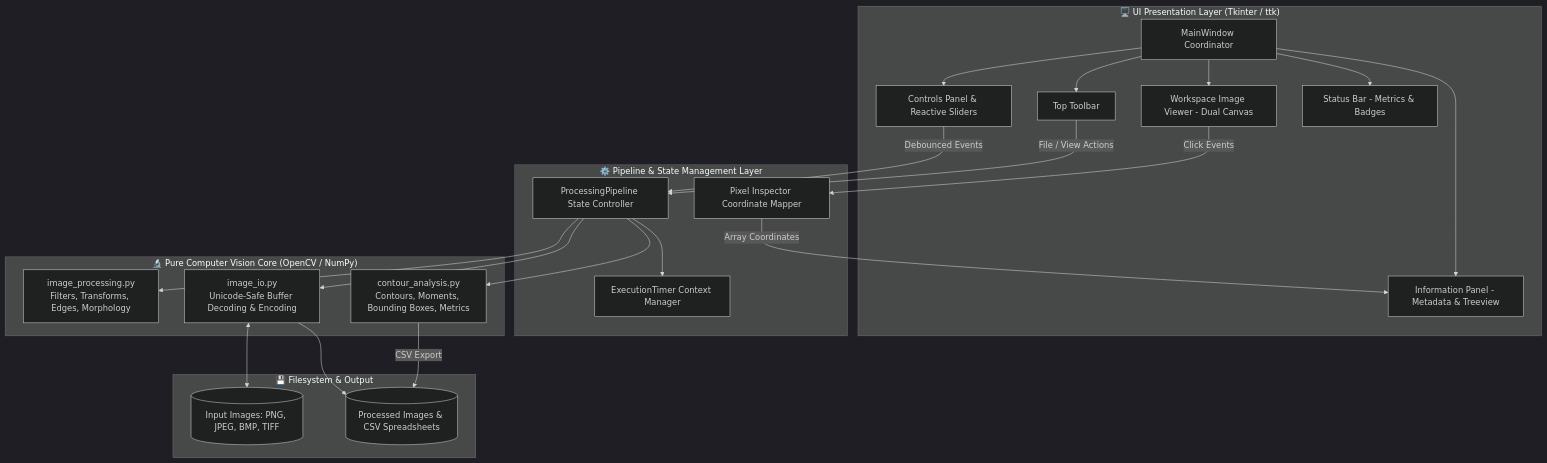
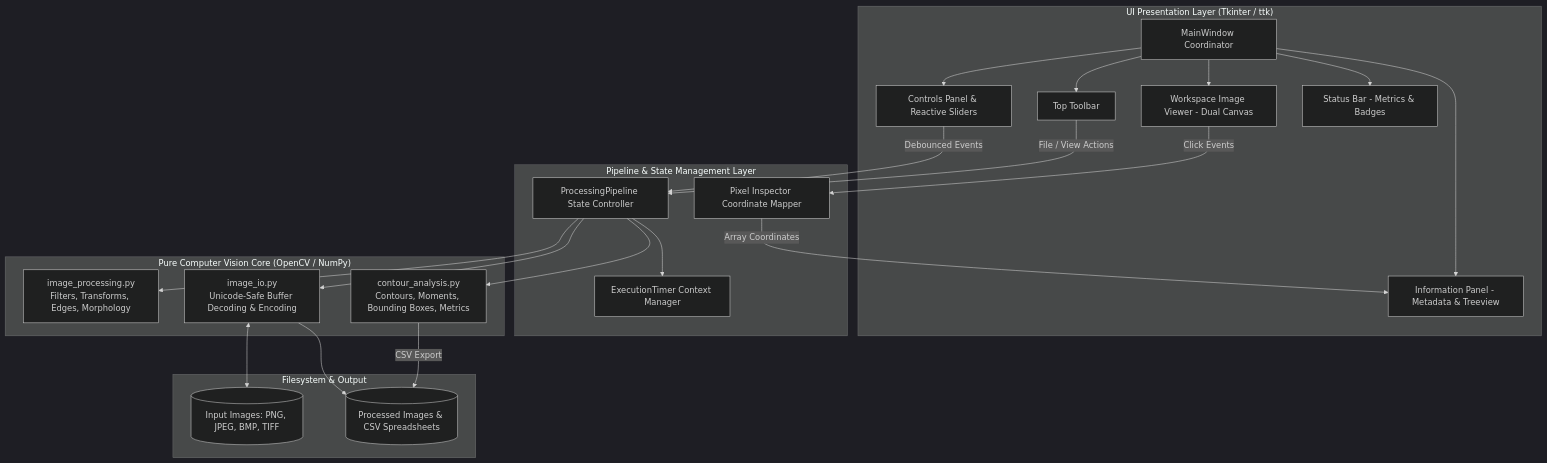
One commit to ramanujaganesh26/Image-processing-workbench changed the diagram in README.md. Above: the diagram before and after it, drawn with Mermaid (dark theme). The commit also changed other lines of this file, not shown here.

Commit message:
docs: remove emojis across README for clean professional styling

````diff
--- a/README.md
+++ b/README.md
@@ -70,48 +70,48 @@
 ```mermaid
 graph TD
-    subgraph UI_Presentation ["🖥️ UI Presentation Layer (Tkinter / ttk)"]
+    subgraph UI_Presentation ["UI Presentation Layer (Tkinter / ttk)"]
         MW[MainWindow Coordinator]
         TB[Top Toolbar]
         CP[Controls Panel & Reactive Sliders]
         IV[Workspace Image Viewer - Dual Canvas]
         IP[Information Panel - Metadata & Treeview]
         SB[Status Bar - Metrics & Badges]
     end
 
-    subgraph Pipeline_Coordinator ["⚙️ Pipeline & State Management Layer"]
+    subgraph Pipeline_Coordinator ["Pipeline & State Management Layer"]
         PP[ProcessingPipeline State Controller]
         ET[ExecutionTimer Context Manager]
         PI[Pixel Inspector Coordinate Mapper]
     end
 
-    subgraph Vision_Core ["🔬 Pure Computer Vision Core (OpenCV / NumPy)"]
+    subgraph Vision_Core ["Pure Computer Vision Core (OpenCV / NumPy)"]
         IP_MOD[image_processing.py<br/>Filters, Transforms, Edges, Morphology]
         CA_MOD[contour_analysis.py<br/>Contours, Moments, Bounding Boxes, Metrics]
         IO_MOD[image_io.py<br/>Unicode-Safe Buffer Decoding & Encoding]
     end
 
-    subgraph Data_Storage ["💾 Filesystem & Output"]
+    subgraph Data_Storage ["Filesystem & Output"]
         FS_IN[(Input Images: PNG, JPEG, BMP, TIFF)]
         FS_OUT[(Processed Images & CSV Spreadsheets)]
     end
 
     MW --> TB
     MW --> CP
     MW --> IV
     MW --> IP
     MW --> SB
 
     CP -->|Debounced Events| PP
     TB -->|File / View Actions| PP
     IV -->|Click Events| PI
     PI -->|Array Coordinates| IP
 
     PP --> ET
     PP --> IP_MOD
     PP --> CA_MOD
     PP --> IO_MOD
 
     IO_MOD <--> FS_IN
     IO_MOD --> FS_OUT
     CA_MOD -->|CSV Export| FS_OUT
 ```
````
